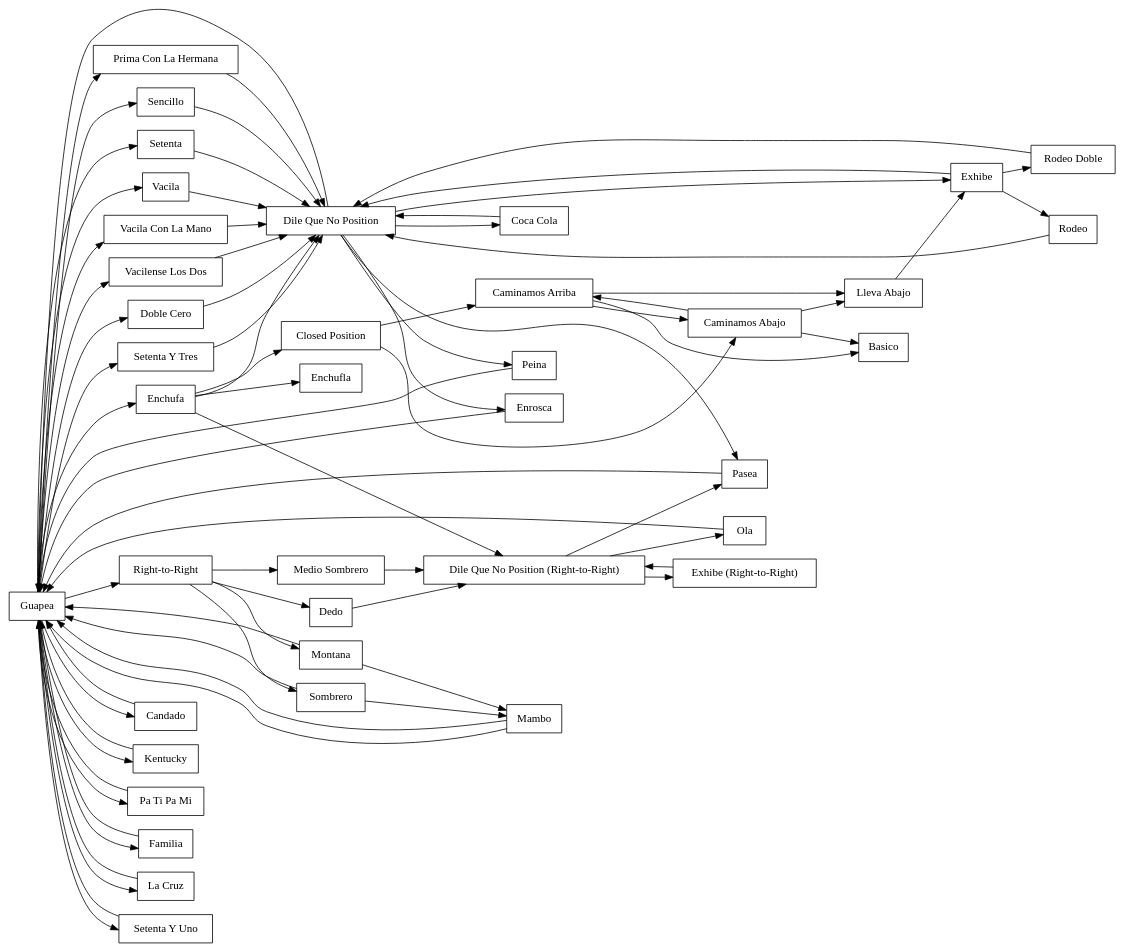
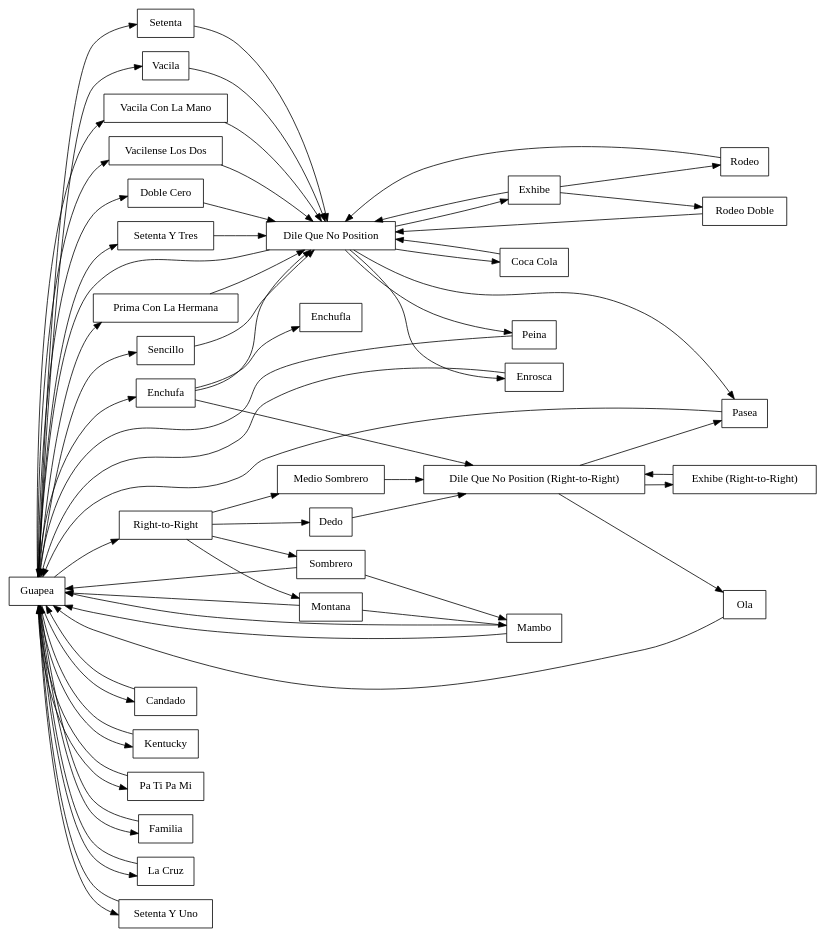
Before and after one commit to adharsh/Salsa: the diagram in social.dot, drawn with Graphviz. The commit also changed 3 other files, not shown here.

Commit message:
Commented out closed position lol

```diff
--- a/social.dot
+++ b/social.dot
@@ -1,89 +1,91 @@
 
 /*
 Notes
 - Guapea can be skipped
 - Rueda moves, add *, can be disabled
 
 Others:
 - https://bachatasteps.com/?topic=salsa&options=newest
 - https://www.makelinux.net/salsa/
 - guapea -> familia -> guapea, does it end in dilequeno?
 - tf is traslado?
 - la cruz ends in dile que no position or guapea?
 - exhibe (right-to-right), only option is pasea?
 
 Can all dile que no positions can be right-to-right?
 
 */
 
 digraph SalsaDanceMoves {
   rankdir=LR; 
   node [shape=box];
   edge [color=black];
 
   // Level 1
   Guapea -> Enchufa;
   Enchufa -> "Dile Que No Position";
   Enchufa -> "Dile Que No Position (Right-to-Right)";
   "Dile Que No Position" -> Guapea;
   "Dile Que No Position" -> Exhibe;
   "Dile Que No Position" -> Pasea;
   "Dile Que No Position (Right-to-Right)" -> Pasea;
   Pasea -> Guapea;
   Exhibe -> "Dile Que No Position";
-  Enchufa -> "Closed Position";
-  "Closed Position" -> "Caminamos Arriba" -> "Caminamos Abajo";
-  "Closed Position" -> "Caminamos Abajo" -> "Caminamos Arriba";
-  "Caminamos Arriba" -> Basico;
-  "Caminamos Abajo" -> Basico;
-  "Caminamos Arriba" -> "Lleva Abajo";
-  "Caminamos Abajo" -> "Lleva Abajo";
-  "Lleva Abajo" -> Exhibe;
+  
+  // Closed Position - usually only in beginning, so commented out
+  // "Dile Que No Position" -> "Closed Position";
+  // "Closed Position" -> "Caminamos Arriba" -> "Caminamos Abajo";
+  // "Closed Position" -> "Caminamos Abajo" -> "Caminamos Arriba";
+  // "Caminamos Arriba" -> Basico;
+  // "Caminamos Abajo" -> Basico;
+  // "Caminamos Arriba" -> "Lleva Abajo";
+  // "Caminamos Abajo" -> "Lleva Abajo";
+  // "Lleva Abajo" -> Exhibe;
 
   // Level 2a
   Enchufa -> Enchufla;
   Guapea -> Candado -> Guapea;
   Guapea -> Kentucky -> Guapea;
   Guapea -> "Pa Ti Pa Mi" -> Guapea;
 
   // Level 2b
   Guapea -> "Prima Con La Hermana" -> "Dile Que No Position";
   Guapea -> Familia -> Guapea;
 
   // Level 2c
   Exhibe -> Rodeo -> "Dile Que No Position";
   Exhibe -> "Rodeo Doble" -> "Dile Que No Position";
   Guapea -> "La Cruz" -> Guapea;
 
   // Level 2d
   Guapea -> Sencillo -> "Dile Que No Position";
   Guapea -> Setenta -> "Dile Que No Position";
   //"Dile Que No Position" -> "Flare - Leader Left Arm Extension" -> Guapea;
 
   // Level 3a
   Guapea -> Vacila -> "Dile Que No Position";
   Guapea -> "Vacila Con La Mano" -> "Dile Que No Position";
   Guapea -> "Vacilense Los Dos" -> "Dile Que No Position";
   Guapea -> "Right-to-Right";
   "Right-to-Right" -> "Medio Sombrero" -> "Dile Que No Position (Right-to-Right)";
   "Dile Que No Position (Right-to-Right)" -> "Exhibe (Right-to-Right)" -> "Dile Que No Position (Right-to-Right)";
 
   // Level 3b
   "Right-to-Right" -> Sombrero -> Guapea;
   Sombrero -> Mambo -> Guapea;
   "Dile Que No Position (Right-to-Right)" -> Ola -> Guapea;
   "Right-to-Right" -> Dedo -> "Dile Que No Position (Right-to-Right)";
   "Right-to-Right" -> Montana -> Guapea;
   Montana -> Mambo -> Guapea;
   //"Dile Que No Position (Right-to-Right)" -> "Flare - Leader Left Arm Extension" -> "Dile Que No Position (Right-to-Right)";
 
   // Level 3c
   "Dile Que No Position" -> Peina -> Guapea;
   "Dile Que No Position" -> Enrosca -> Guapea;
   Guapea -> "Setenta Y Uno" -> Guapea;
   "Dile Que No Position" -> "Coca Cola" -> "Dile Que No Position";
 
   // Level 3d
   Guapea -> "Doble Cero" -> "Dile Que No Position";
   Guapea -> "Setenta Y Tres" -> "Dile Que No Position";
 }
```
